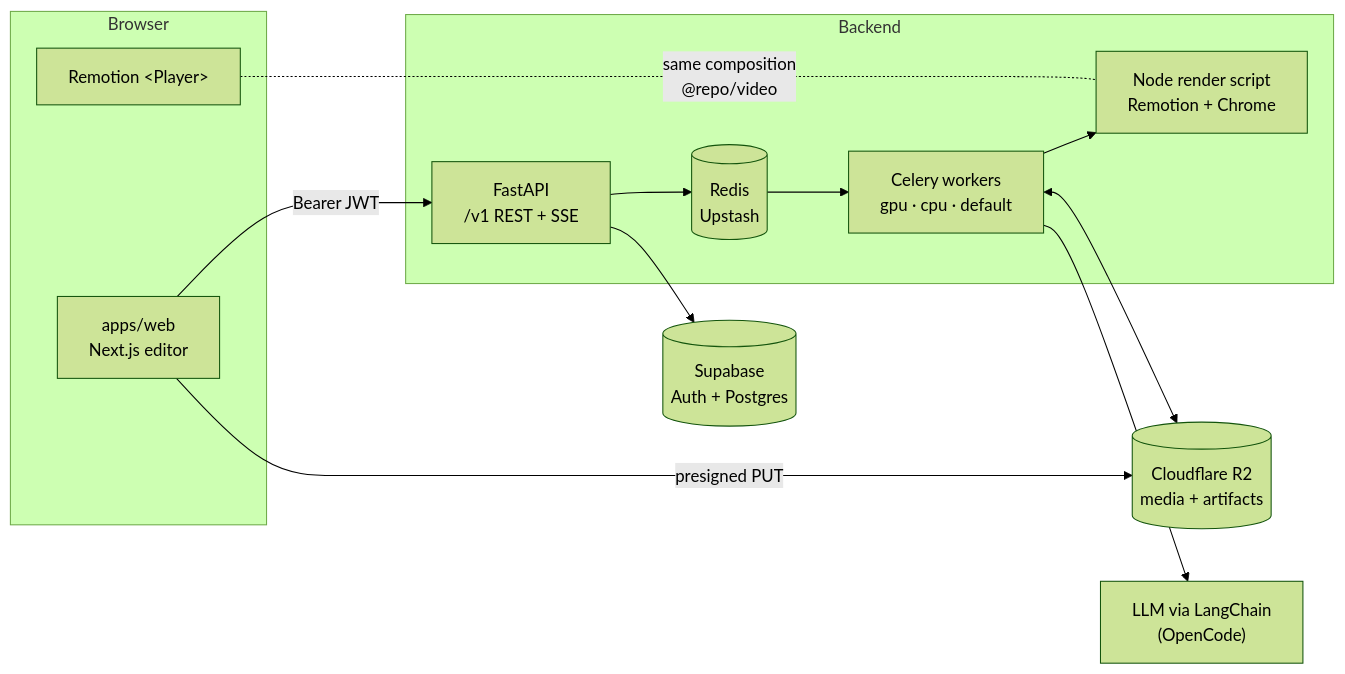
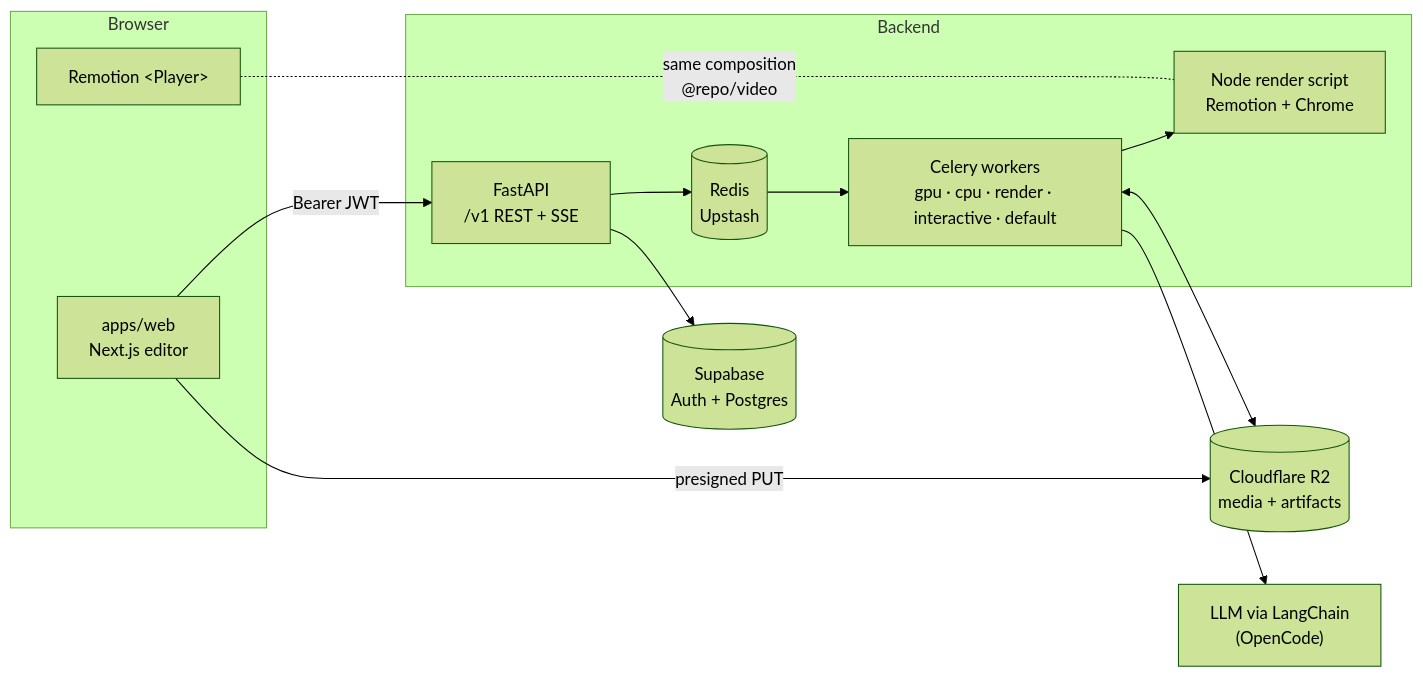
One commit to adwaitgawade/cliper-ai changed the diagram in README.md. Above: the diagram before and after it, drawn with Mermaid (forest theme). The commit also changed other lines of this file and 7 other files, not shown here.

````diff
--- a/README.md
+++ b/README.md
@@ -89,25 +98,25 @@
 ```mermaid
 flowchart LR
     subgraph Browser
         W["apps/web<br/>Next.js editor"]
         P["Remotion &lt;Player&gt;"]
     end
     subgraph Backend
         API["FastAPI<br/>/v1 REST + SSE"]
         Q[("Redis<br/>Upstash")]
-        WK["Celery workers<br/>gpu · cpu · default"]
+        WK["Celery workers<br/>gpu · cpu · render · interactive · default"]
         R["Node render script<br/>Remotion + Chrome"]
     end
     DB[("Supabase<br/>Auth + Postgres")]
     S3[("Cloudflare R2<br/>media + artifacts")]
     LLM["LLM via LangChain<br/>(OpenCode)"]
 
     W -- "Bearer JWT" --> API
     W -- "presigned PUT" --> S3
     API --> DB
     API --> Q --> WK
     WK --> LLM
     WK --> R
     WK <--> S3
     P -. "same composition<br/>@repo/video" .- R
 ```
````
